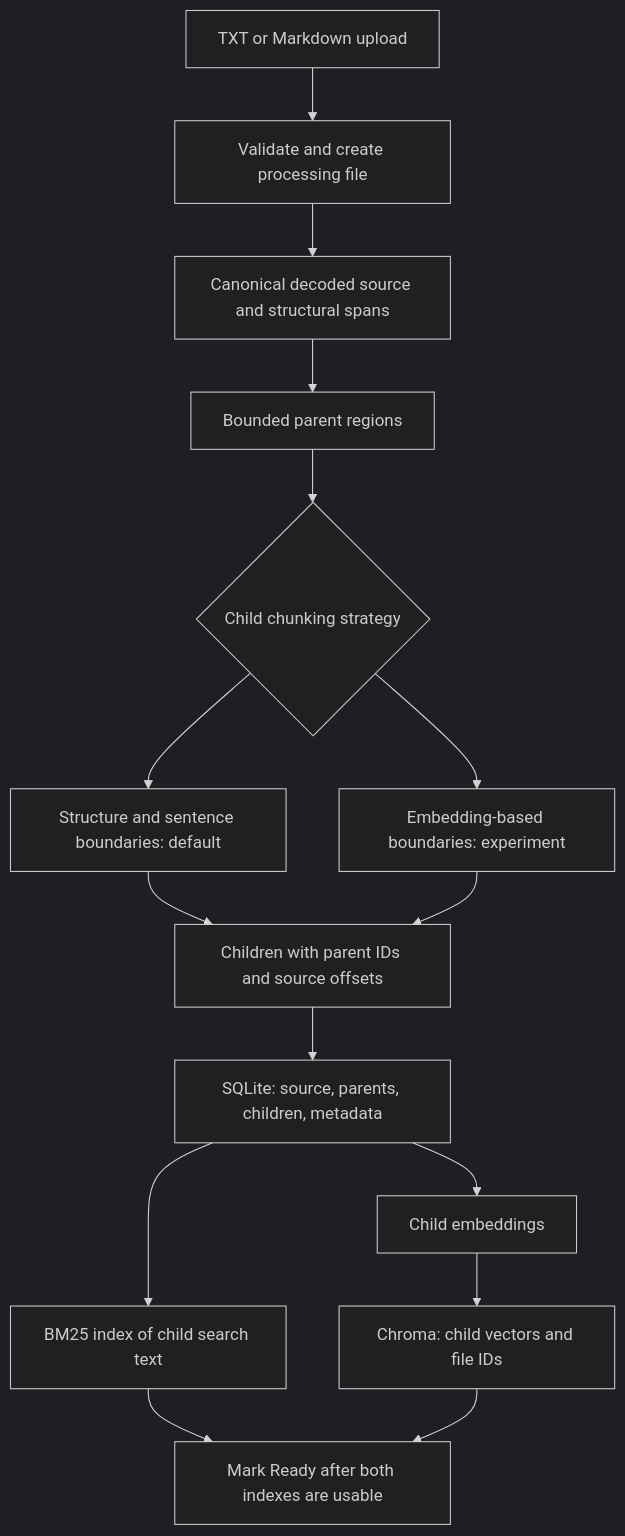
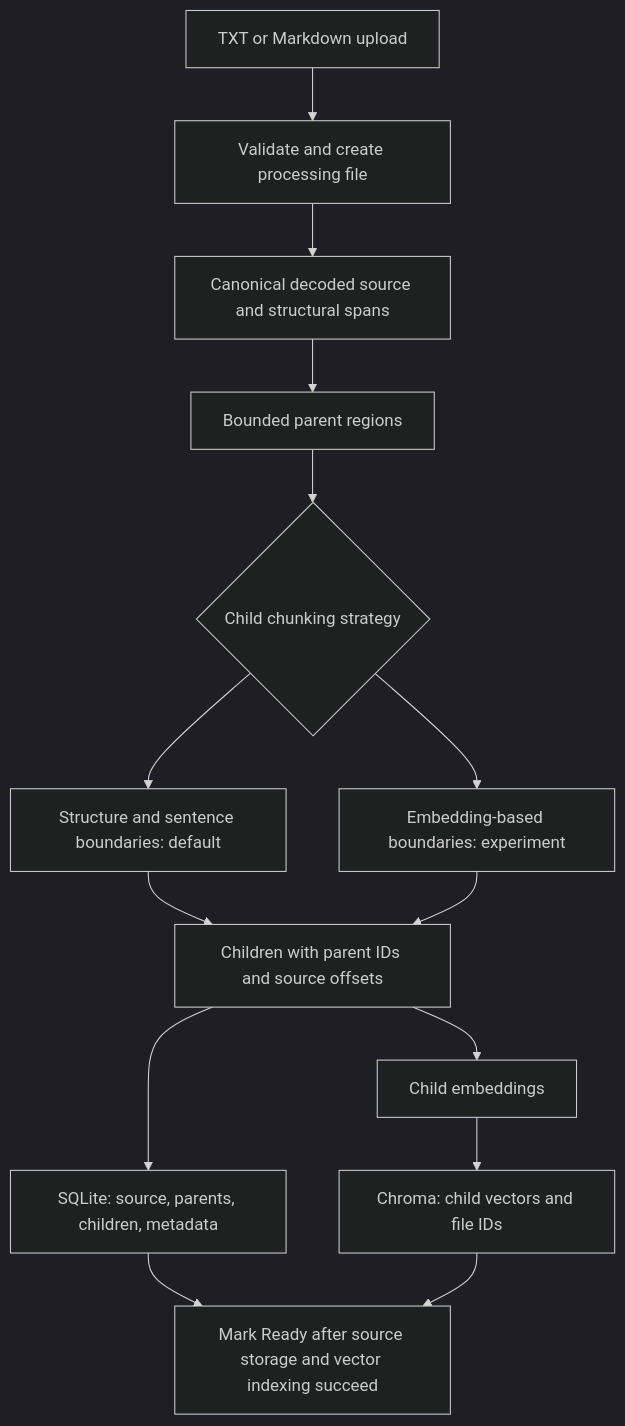
Before and after one commit to Shengyuan-Liu/KnowledgeBase: the first of 2 diagrams in docs/v1/v1-system-design.md, drawn with Mermaid (dark theme). The commit also changed other lines of this file and 5 other files, not shown here.

First line of the commit message:
docs: reconcile v1 roadmap with implemented retrieval pipeline

````diff
--- a/docs/v1/v1-system-design.md
+++ b/docs/v1/v1-system-design.md
@@ -9,17 +10,16 @@
 ```mermaid
 flowchart TD
     Upload["TXT or Markdown upload"] --> Validate["Validate and create processing file"]
     Validate --> Source["Canonical decoded source and structural spans"]
     Source --> Parents["Bounded parent regions"]
     Parents --> Strategy{"Child chunking strategy"}
     Strategy --> Structural["Structure and sentence boundaries: default"]
     Strategy --> Semantic["Embedding-based boundaries: experiment"]
     Structural --> Children["Children with parent IDs and source offsets"]
     Semantic --> Children
     Children --> SQLite["SQLite: source, parents, children, metadata"]
-    SQLite --> BM25["BM25 index of child search text"]
-    SQLite --> Embed["Child embeddings"]
+    Children --> Embed["Child embeddings"]
     Embed --> Chroma["Chroma: child vectors and file IDs"]
-    BM25 --> Ready["Mark Ready after both indexes are usable"]
+    SQLite --> Ready["Mark Ready after source storage and vector indexing succeed"]
     Chroma --> Ready
 ```
````
